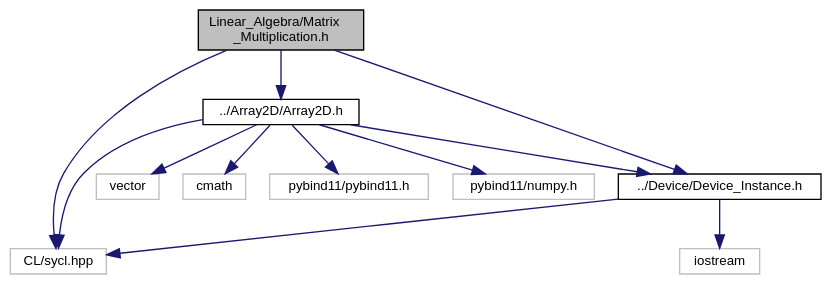
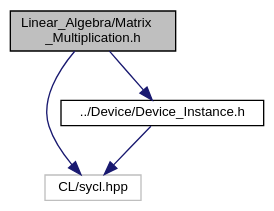
Before and after one commit to OsmanAEG/PySYCL: the diagram in docs/PySYCL_doxygen_html/_matrix___multiplication_8h__incl.dot, drawn with Graphviz. The commit also changed 169 other files, not shown here.

```diff
--- a/docs/PySYCL_doxygen_html/_matrix___multiplication_8h__incl.dot
+++ b/docs/PySYCL_doxygen_html/_matrix___multiplication_8h__incl.dot
@@ -1,28 +1,14 @@
 digraph "Linear_Algebra/Matrix_Multiplication.h"
 {
  // INTERACTIVE_SVG=YES
  // LATEX_PDF_SIZE
   bgcolor="transparent";
   edge [fontname="Helvetica",fontsize="10",labelfontname="Helvetica",labelfontsize="10"];
   node [fontname="Helvetica",fontsize="10",shape=record];
   Node1 [label="Linear_Algebra/Matrix\l_Multiplication.h",height=0.2,width=0.4,color="black", fillcolor="grey75", style="filled", fontcolor="black",tooltip="Matrix Multiplication in PySYCL."];
   Node1 -> Node2 [color="midnightblue",fontsize="10",style="solid",fontname="Helvetica"];
   Node2 [label="CL/sycl.hpp",height=0.2,width=0.4,color="grey75",tooltip=" "];
   Node1 -> Node3 [color="midnightblue",fontsize="10",style="solid",fontname="Helvetica"];
-  Node3 [label="../Array2D/Array2D.h",height=0.2,width=0.4,color="black",URL="$_array2_d_8h.html",tooltip="Array2D in PySYCL."];
+  Node3 [label="../Device/Device_Instance.h",height=0.2,width=0.4,color="black",URL="$_device___instance_8h.html",tooltip="Device instance for device selection in PySYCL."];
   Node3 -> Node2 [color="midnightblue",fontsize="10",style="solid",fontname="Helvetica"];
-  Node3 -> Node4 [color="midnightblue",fontsize="10",style="solid",fontname="Helvetica"];
-  Node4 [label="vector",height=0.2,width=0.4,color="grey75",tooltip=" "];
-  Node3 -> Node5 [color="midnightblue",fontsize="10",style="solid",fontname="Helvetica"];
-  Node5 [label="cmath",height=0.2,width=0.4,color="grey75",tooltip=" "];
-  Node3 -> Node6 [color="midnightblue",fontsize="10",style="solid",fontname="Helvetica"];
-  Node6 [label="pybind11/pybind11.h",height=0.2,width=0.4,color="grey75",tooltip=" "];
-  Node3 -> Node7 [color="midnightblue",fontsize="10",style="solid",fontname="Helvetica"];
-  Node7 [label="pybind11/numpy.h",height=0.2,width=0.4,color="grey75",tooltip=" "];
-  Node3 -> Node8 [color="midnightblue",fontsize="10",style="solid",fontname="Helvetica"];
-  Node8 [label="../Device/Device_Instance.h",height=0.2,width=0.4,color="black",URL="$_device___instance_8h.html",tooltip="Device instance for device selection in PySYCL."];
-  Node8 -> Node9 [color="midnightblue",fontsize="10",style="solid",fontname="Helvetica"];
-  Node9 [label="iostream",height=0.2,width=0.4,color="grey75",tooltip=" "];
-  Node8 -> Node2 [color="midnightblue",fontsize="10",style="solid",fontname="Helvetica"];
-  Node1 -> Node8 [color="midnightblue",fontsize="10",style="solid",fontname="Helvetica"];
 }
```
